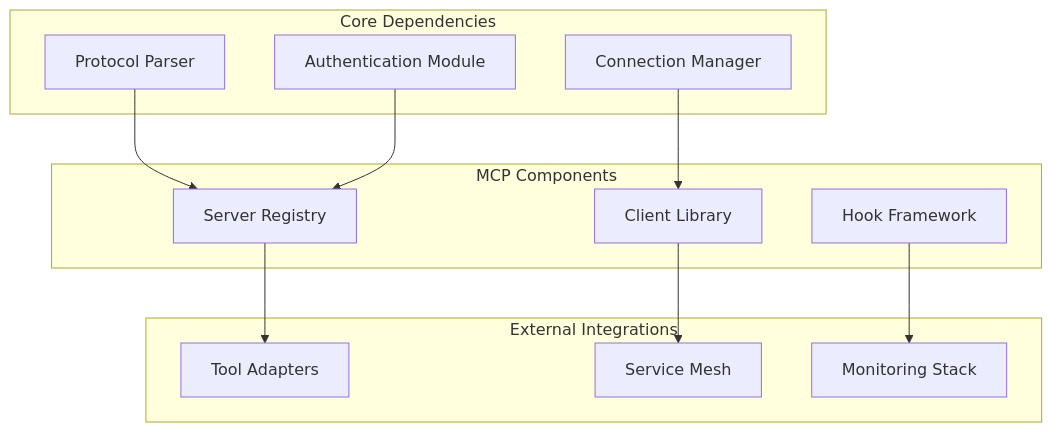
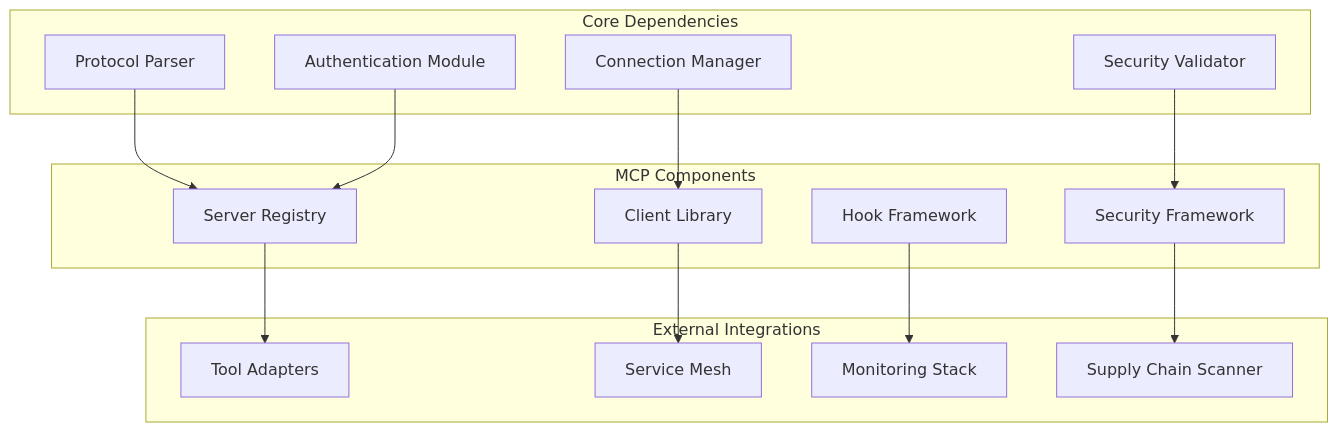
The fifth of 5 diagrams in .qoder/repowiki/en/content/Core Architecture/MCP Server Integration.md (Sherlock-Shi/pi-codex-kit), drawn with Mermaid before and after one commit. The commit also changed other lines of this file and 47 other files, not shown here.

````diff
--- a/.qoder/repowiki/en/content/Core Architecture/MCP Server Integration.md
+++ b/.qoder/repowiki/en/content/Core Architecture/MCP Server Integration.md
@@ -277,24 +383,29 @@
 ```mermaid
 graph TD
 subgraph "Core Dependencies"
 A[Protocol Parser]
 B[Connection Manager]
 C[Authentication Module]
+D[Security Validator]
 end
 subgraph "MCP Components"
-D[Server Registry]
-E[Client Library]
-F[Hook Framework]
+E[Server Registry]
+F[Client Library]
+G[Hook Framework]
+H[Security Framework]
 end
 subgraph "External Integrations"
-G[Tool Adapters]
-H[Service Mesh]
-I[Monitoring Stack]
+I[Tool Adapters]
+J[Service Mesh]
+K[Monitoring Stack]
+L[Supply Chain Scanner]
 end
-A --> D
-B --> E
-C --> D
-D --> G
-E --> H
-F --> I
+A --> E
+B --> F
+C --> E
+D --> H
+E --> I
+F --> J
+G --> K
+H --> L
 ```
````
